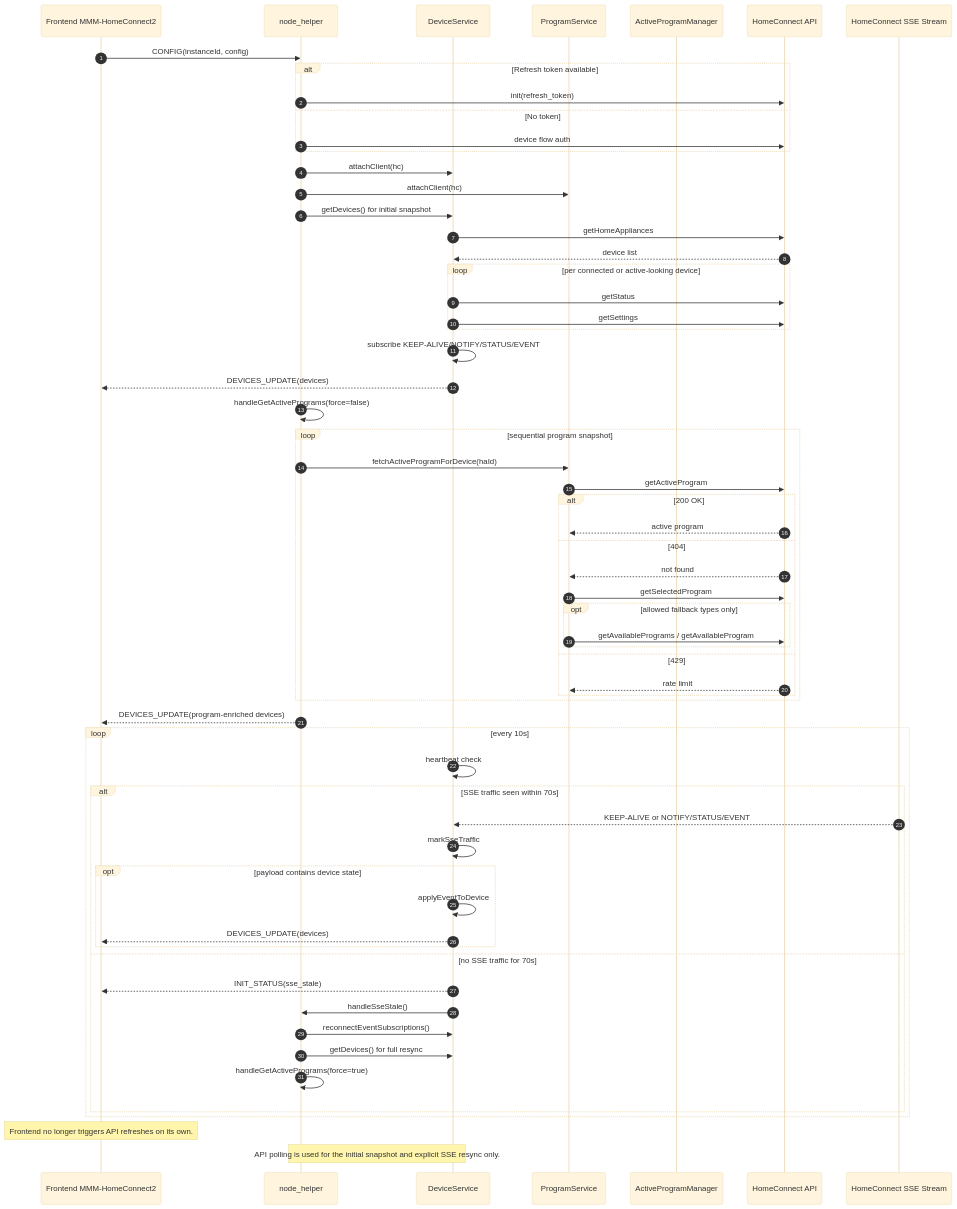
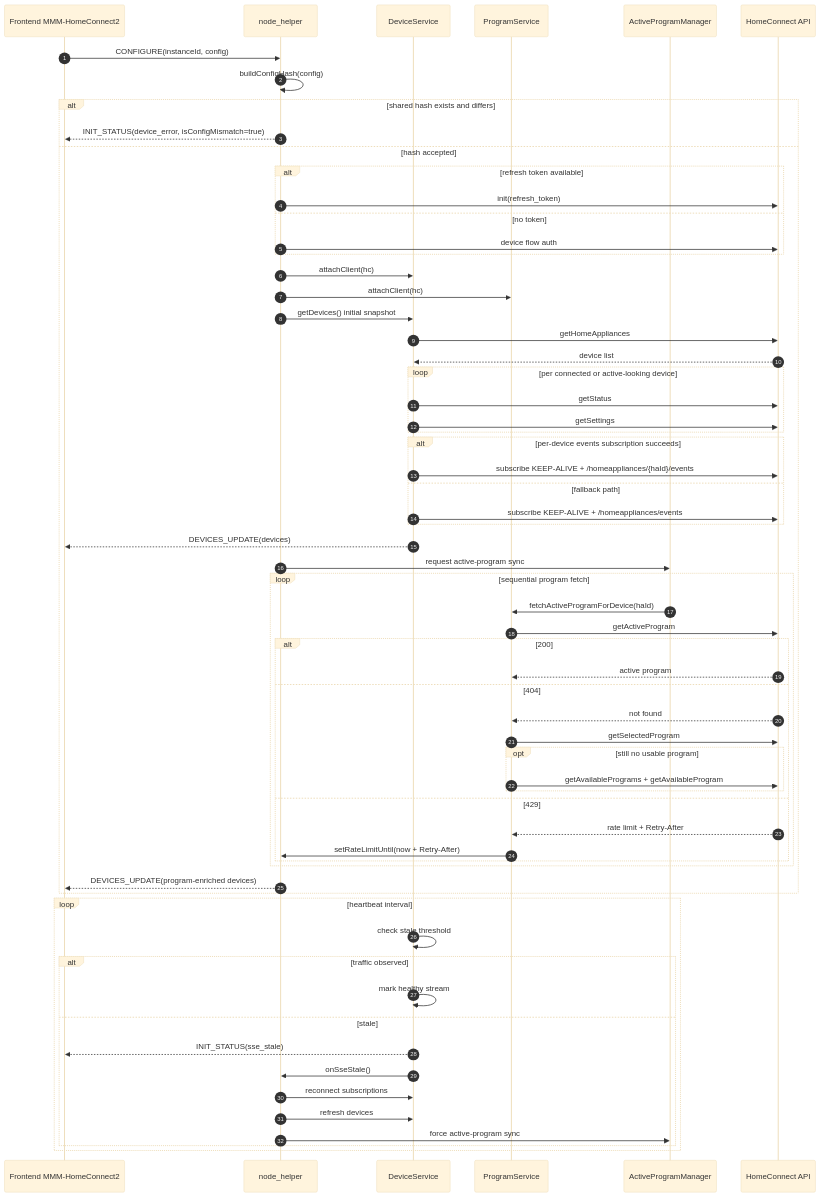
Before and after one commit to HeikoGr/MMM-HomeConnect2: the second of 2 diagrams in docs/api-call-and-event-flow-diagrams.md, drawn with Mermaid (base theme). The commit also changed other lines of this file and 20 other files, not shown here.

First line of the commit message:
feat: Enhance device subscription management and error handling

````diff
--- a/docs/api-call-and-event-flow-diagrams.md
+++ b/docs/api-call-and-event-flow-diagrams.md
@@ -88,71 +74,75 @@
 ```mermaid
 sequenceDiagram
   autonumber
   participant FE as Frontend MMM-HomeConnect2
   participant NH as node_helper
   participant DS as DeviceService
   participant PS as ProgramService
   participant APM as ActiveProgramManager
   participant HC as HomeConnect API
-  participant SSE as HomeConnect SSE Stream
 
-  FE->>NH: CONFIG(instanceId, config)
+  FE->>NH: CONFIGURE(instanceId, config)
+  NH->>NH: buildConfigHash(config)
 
-  alt Refresh token available
-    NH->>HC: init(refresh_token)
-  else No token
-    NH->>HC: device flow auth
+  alt shared hash exists and differs
+    NH-->>FE: INIT_STATUS(device_error, isConfigMismatch=true)
+  else hash accepted
+    alt refresh token available
+      NH->>HC: init(refresh_token)
+    else no token
+      NH->>HC: device flow auth
+    end
+
+    NH->>DS: attachClient(hc)
+    NH->>PS: attachClient(hc)
+    NH->>DS: getDevices() initial snapshot
+
+    DS->>HC: getHomeAppliances
+    HC-->>DS: device list
+    loop per connected or active-looking device
+      DS->>HC: getStatus
+      DS->>HC: getSettings
+    end
+
+    alt per-device events subscription succeeds
+      DS->>HC: subscribe KEEP-ALIVE + /homeappliances/{haId}/events
+    else fallback path
+      DS->>HC: subscribe KEEP-ALIVE + /homeappliances/events
+    end
+
+    DS-->>FE: DEVICES_UPDATE(devices)
+    NH->>APM: request active-program sync
+
+    loop sequential program fetch
+      APM->>PS: fetchActiveProgramForDevice(haId)
+      PS->>HC: getActiveProgram
+      alt 200
+        HC-->>PS: active program
+      else 404
+        HC-->>PS: not found
+        PS->>HC: getSelectedProgram
+        opt still no usable program
+          PS->>HC: getAvailablePrograms + getAvailableProgram
+        end
+      else 429
+        HC-->>PS: rate limit + Retry-After
+        PS->>NH: setRateLimitUntil(now + Retry-After)
+      end
+    end
+
+    NH-->>FE: DEVICES_UPDATE(program-enriched devices)
   end
 
-  NH->>DS: attachClient(hc)
-  NH->>PS: attachClient(hc)
-  NH->>DS: getDevices() for initial snapshot
-
-  DS->>HC: getHomeAppliances
-  HC-->>DS: device list
-  loop per connected or active-looking device
-    DS->>HC: getStatus
-    DS->>HC: getSettings
-  end
-  DS->>DS: subscribe KEEP-ALIVE/NOTIFY/STATUS/EVENT
-  DS-->>FE: DEVICES_UPDATE(devices)
-  NH->>NH: handleGetActivePrograms(force=false)
-
-  loop sequential program snapshot
-    NH->>PS: fetchActiveProgramForDevice(haId)
-    PS->>HC: getActiveProgram
-    alt 200 OK
-      HC-->>PS: active program
-    else 404
-      HC-->>PS: not found
-      PS->>HC: getSelectedProgram
-      opt allowed fallback types only
-        PS->>HC: getAvailablePrograms / getAvailableProgram
-      end
-    else 429
-      HC-->>PS: rate limit
+  loop heartbeat interval
+    DS->>DS: check stale threshold
+    alt traffic observed
+      DS->>DS: mark healthy stream
+    else stale
+      DS-->>FE: INIT_STATUS(sse_stale)
+      DS->>NH: onSseStale()
+      NH->>DS: reconnect subscriptions
+      NH->>DS: refresh devices
+      NH->>APM: force active-program sync
     end
   end
-  NH-->>FE: DEVICES_UPDATE(program-enriched devices)
-
-  loop every 10s
-    DS->>DS: heartbeat check
-    alt SSE traffic seen within 70s
-      SSE-->>DS: KEEP-ALIVE or NOTIFY/STATUS/EVENT
-      DS->>DS: markSseTraffic
-      opt payload contains device state
-        DS->>DS: applyEventToDevice
-        DS-->>FE: DEVICES_UPDATE(devices)
-      end
-    else no SSE traffic for 70s
-      DS-->>FE: INIT_STATUS(sse_stale)
-      DS->>NH: handleSseStale()
-      NH->>DS: reconnectEventSubscriptions()
-      NH->>DS: getDevices() for full resync
-      NH->>NH: handleGetActivePrograms(force=true)
-    end
-  end
-
-  Note over FE: Frontend no longer triggers API refreshes on its own.
-  Note over NH,DS: API polling is used for the initial snapshot and explicit SSE resync only.
 ```
````
